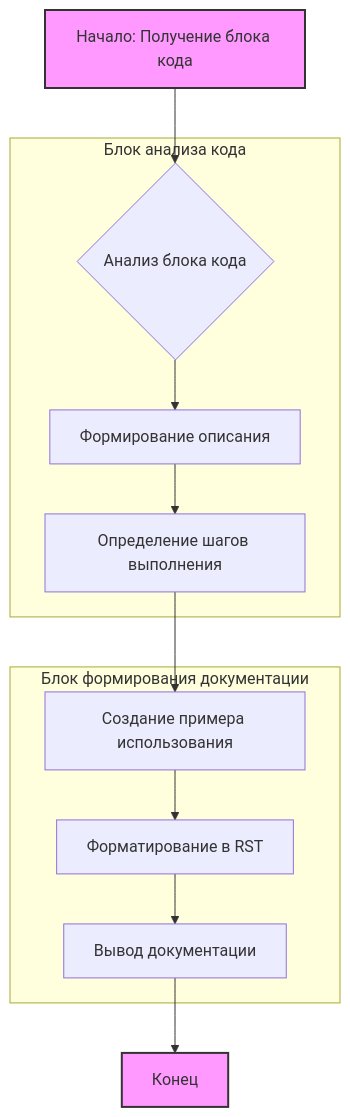
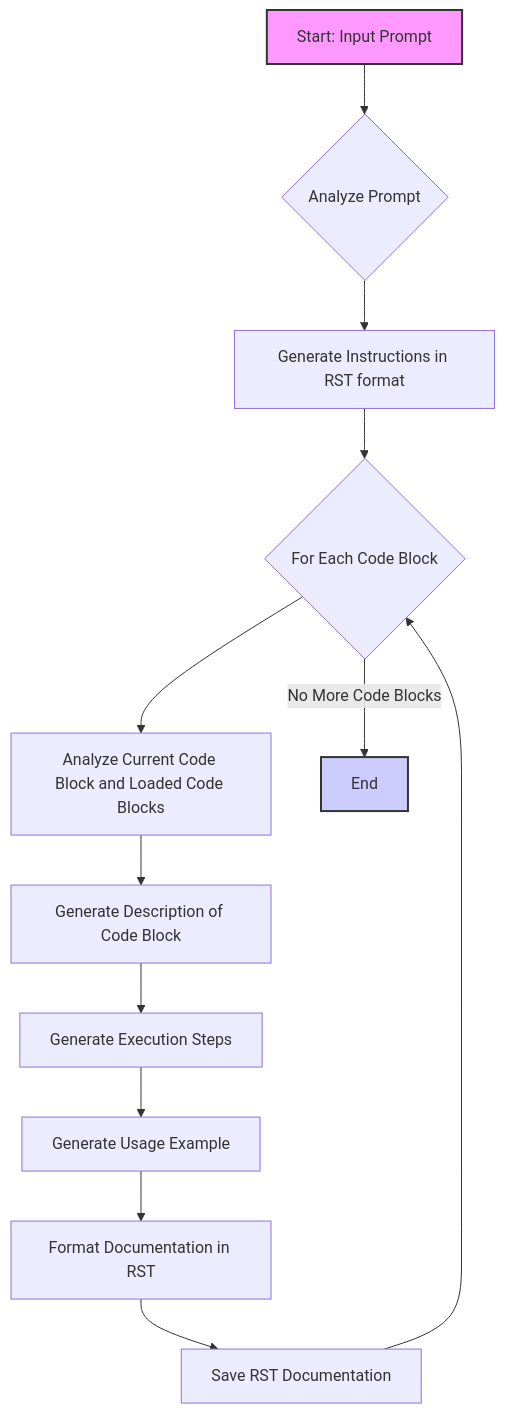
The diagram in docs/gemini/ru/explainer/src/ai/prompts/developer/how_to_writer_ru.md.md (hypo69/hypo), drawn with Mermaid before and after one commit. The commit also changed other lines of this file and 6031 other files, not shown here.

````diff
--- a/docs/gemini/ru/explainer/src/ai/prompts/developer/how_to_writer_ru.md.md
+++ b/docs/gemini/ru/explainer/src/ai/prompts/developer/how_to_writer_ru.md.md
@@ -63,25 +21,17 @@
-```mermaid
-graph TD
-    A[Начало: Получение блока кода] --> B{Анализ блока кода};
-    B --> C[Формирование описания];
-    C --> D[Определение шагов выполнения];
-    D --> E[Создание примера использования];
-    E --> F[Форматирование в RST];
-    F --> G[Вывод документации];
-    G --> H[Конец];
-    
-    subgraph "Блок анализа кода"
-        B;
-        C;
-        D;
-    end
-    
-   subgraph "Блок формирования документации"
-        E;
-        F;
-        G;
-    end
+    ```mermaid
+    flowchart TD
+        A[Start: Input Prompt] --> B{Analyze Prompt};
+        B --> C[Generate Instructions in RST format];
+        C --> D{For Each Code Block};
+        D --> E[Analyze Current Code Block and Loaded Code Blocks];
+        E --> F[Generate Description of Code Block];
+        F --> G[Generate Execution Steps];
+        G --> H[Generate Usage Example];
+        H --> I[Format Documentation in RST];
+        I --> J[Save RST Documentation];
+        J --> D;
+        D -- No More Code Blocks --> K[End];
 
-   style A fill:#f9f,stroke:#333,stroke-width:2px
-   style H fill:#f9f,stroke:#333,stroke-width:2px
-```
+        style A fill:#f9f,stroke:#333,stroke-width:2px
+        style K fill:#ccf,stroke:#333,stroke-width:2px
+    ```
````
